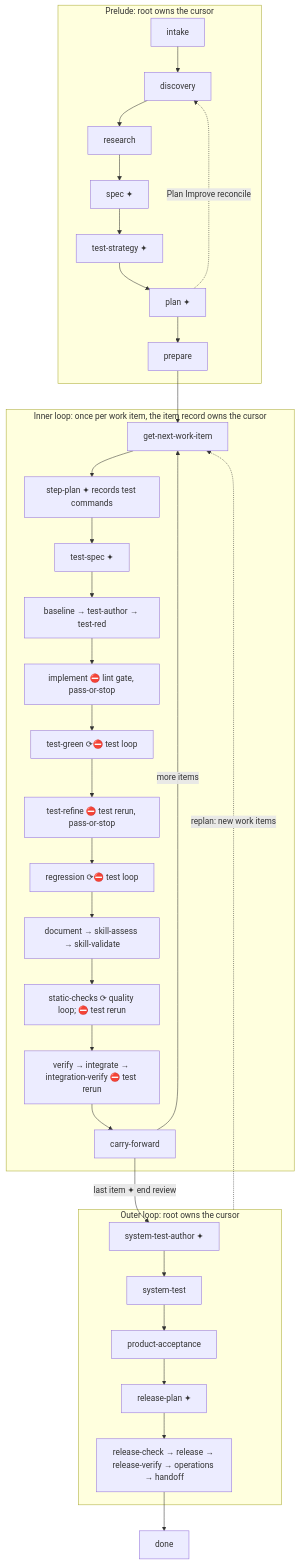
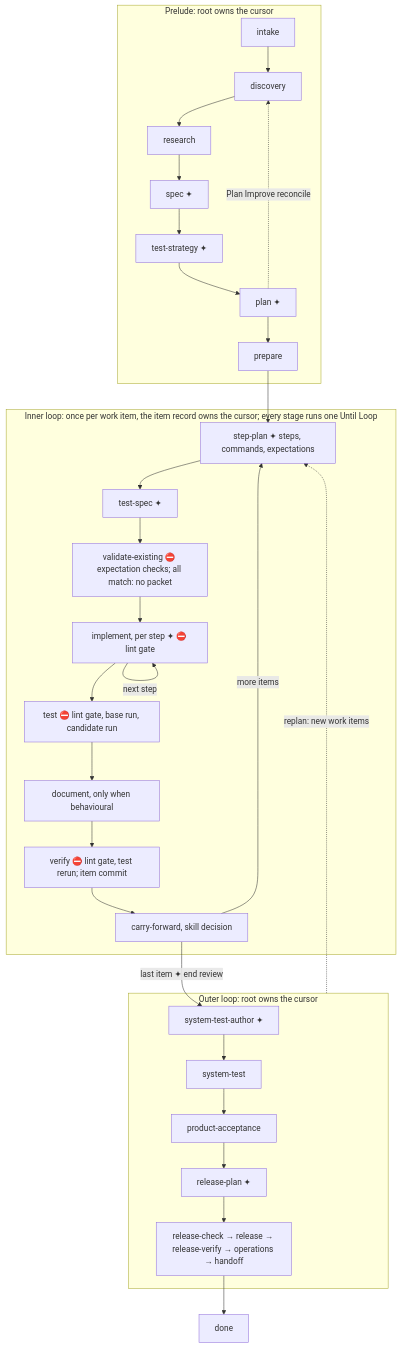
One commit to whichguy/skill-craft changed the second of 4 diagrams in skills/shiploop/references/navigator.md. Above: the diagram before and after it, drawn with Mermaid. The commit also changed other lines of this file and 80 other files, not shown here.

````diff
--- a/skills/shiploop/references/navigator.md
+++ b/skills/shiploop/references/navigator.md
@@ -67,27 +69,26 @@
 ```mermaid
 flowchart TD
   subgraph PRELUDE[Prelude: root owns the cursor]
     intake --> discovery --> research --> spec[spec ✦] --> ts[test-strategy ✦] --> plan[plan ✦] --> prepare
     plan -. "Plan Improve reconcile" .-> discovery
   end
-  prepare --> SW
-  subgraph INNER[Inner loop: once per work item, the item record owns the cursor]
-    SW[get-next-work-item] --> SP[step-plan ✦ records test commands] --> TS[test-spec ✦] --> BL[baseline → test-author → test-red]
-    BL --> IM[implement ⛔ lint gate, pass-or-stop]
-    IM --> TG[test-green ⟳⛔ test loop]
-    TG --> TR[test-refine ⛔ test rerun, pass-or-stop]
-    TR --> RG[regression ⟳⛔ test loop]
-    RG --> DOC[document → skill-assess → skill-validate]
-    DOC --> SC[static-checks ⟳ quality loop; ⛔ test rerun]
-    SC --> VI[verify → integrate → integration-verify ⛔ test rerun]
-    VI --> CF[carry-forward]
-    CF -->|more items| SW
+  prepare --> SP
+  subgraph INNER[Inner loop: once per work item, the item record owns the cursor; every stage runs one Until Loop]
+    SP[step-plan ✦ steps, commands, expectations] --> TS[test-spec ✦]
+    TS --> VE[validate-existing ⛔ expectation checks; all match: no packet]
+    VE --> IM[implement, per step ✦ ⛔ lint gate]
+    IM -->|next step| IM
+    IM --> TE[test ⛔ lint gate, base run, candidate run]
+    TE --> DOC[document, only when behavioural]
+    DOC --> VF[verify ⛔ lint gate, test rerun; item commit]
+    VF --> CF[carry-forward, skill decision]
+    CF -->|more items| SP
   end
   CF -->|"last item ✦ end review"| STA
   subgraph OUTER[Outer loop: root owns the cursor]
     STA[system-test-author ✦] --> ST[system-test] --> PA[product-acceptance] --> RP[release-plan ✦]
     RP --> REL[release-check → release → release-verify → operations → handoff]
   end
-  OUTER -. "replan: new work items" .-> SW
+  OUTER -. "replan: new work items" .-> SP
   REL --> done
 ```
````
